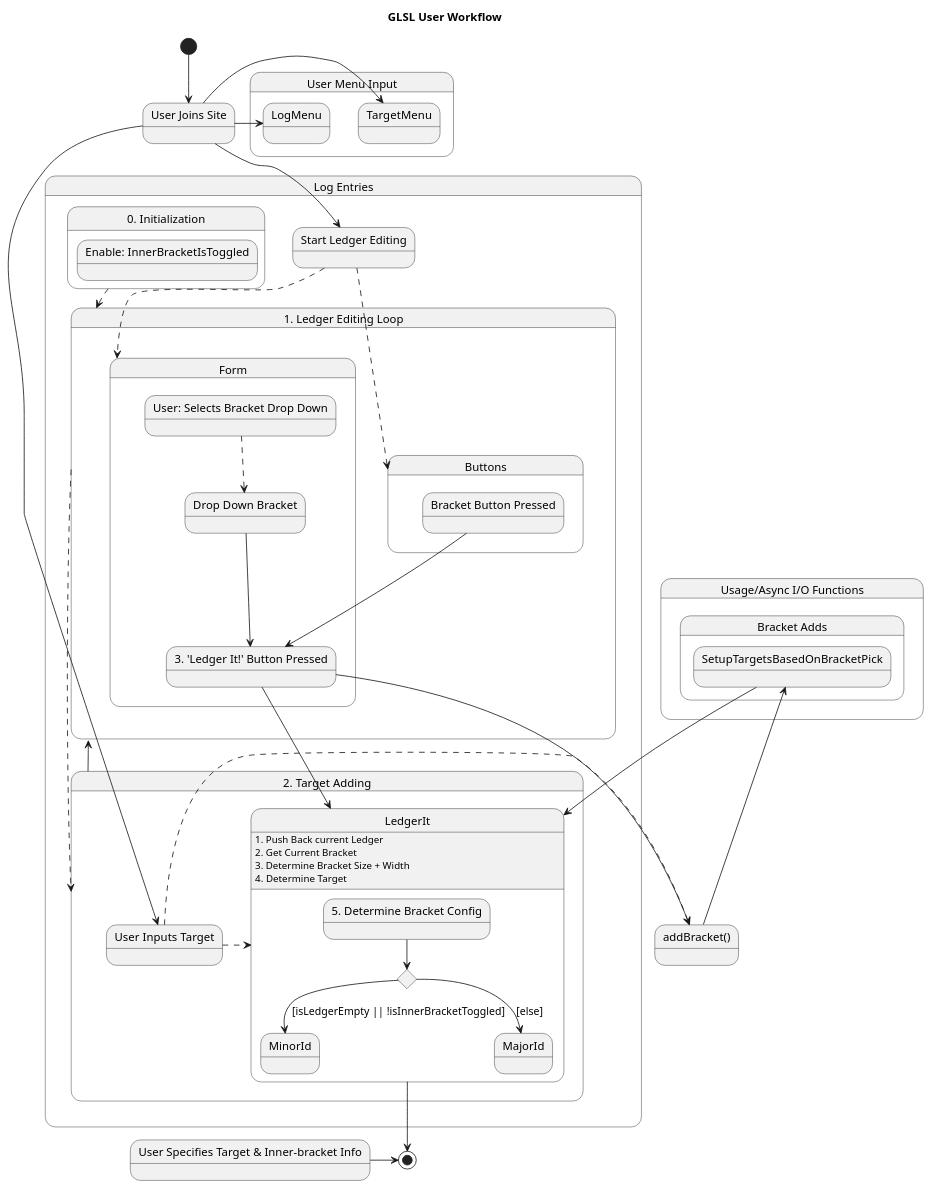
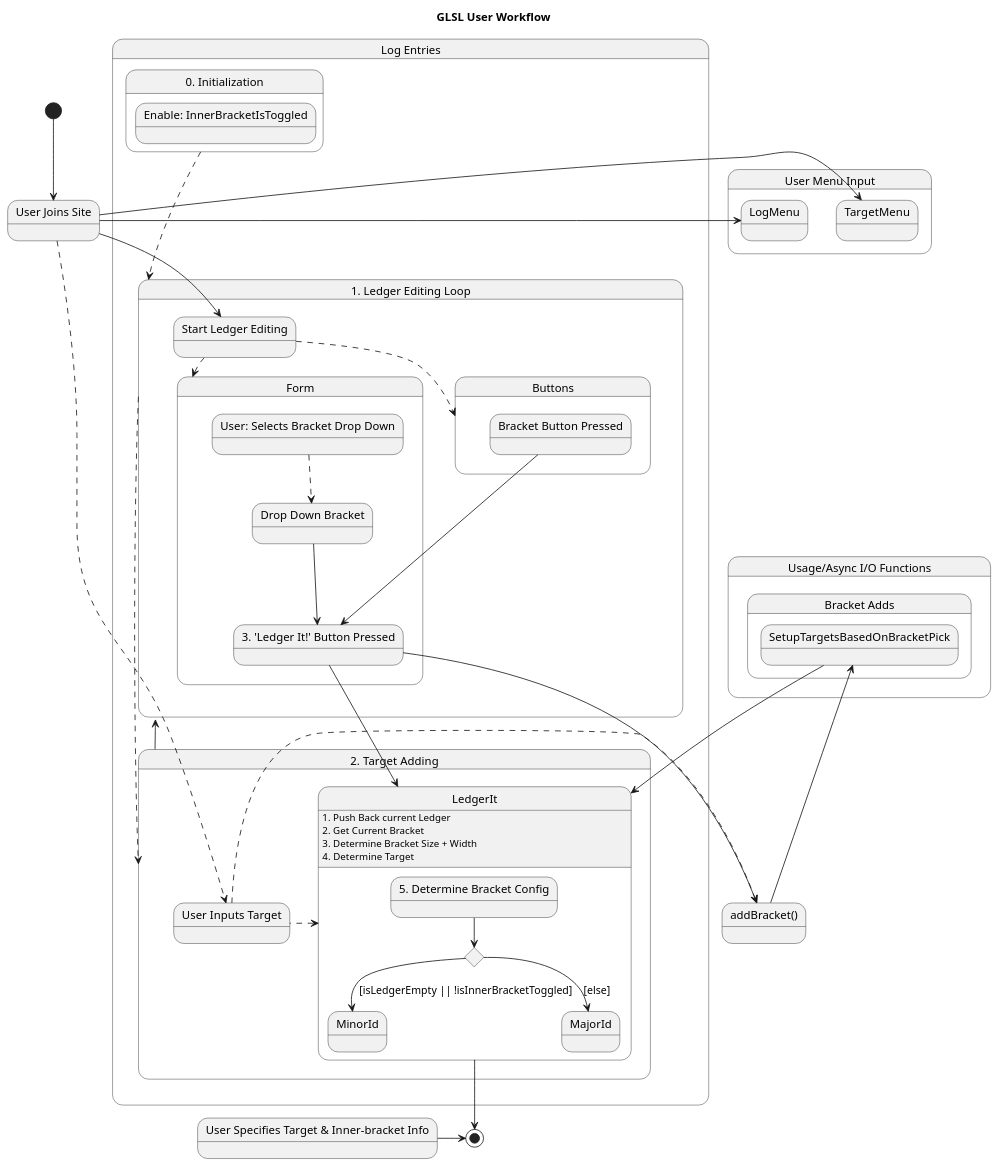
The diagram in 02_GLSL/01_Design-Docs/UX-Workflow.adoc (ActuallyFro/Grevnyrch), drawn with PlantUML before and after one commit.

Commit message:
{02_GLSL/01_Design-Docs} Last, last week diagram

```diff
--- a/02_GLSL/01_Design-Docs/UX-Workflow.adoc
+++ b/02_GLSL/01_Design-Docs/UX-Workflow.adoc
@@ -22,12 +22,12 @@
     State "Enable: InnerBracketIsToggled" as EnableInnerBracketIsToggled
   }
   
-  Init -down[dashed]-> LedgerLoop
-  UserJoins -down-> LedgerStart
+  Init --down[dashed]-> LedgerLoop
   
   State "1. Ledger Editing Loop" as LedgerLoop {
 
     State "Start Ledger Editing" as LedgerStart
+    UserJoins -down-> LedgerStart
   
     LedgerStart -[dashed]-> LedgerLoopForm
     LedgerStart -[dashed]-> LedgerLoopButtons
@@ -48,13 +48,13 @@
   }
 
   LedgerLoop -right[dashed]->TargetAdding
-  TargetAdding -left-> LedgerLoop
+  TargetAdding --up--> LedgerLoop
   
   State "2. Target Adding" as TargetAdding {
-    UserJoins -right-> TargetIsInputted
+    UserJoins -[dashed]-> TargetIsInputted
 
     State "User Inputs Target" as TargetIsInputted
-    TargetIsInputted -[dashed]> LedgerIt
+    TargetIsInputted -left[dashed]-> LedgerIt
   }
 
   
@@ -121,4 +121,4 @@
 'end note
 
 'UserJoins -right-> SelectDropDownOrButton
-....
+.... 
```
